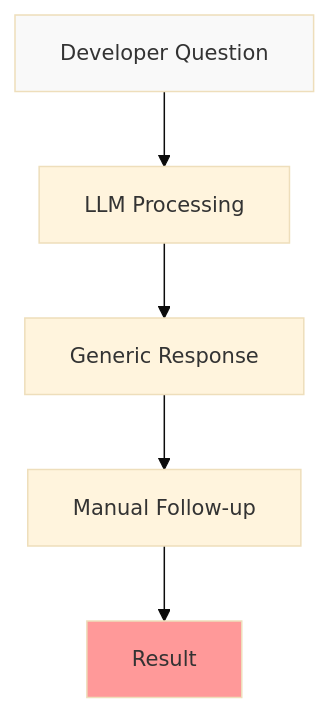
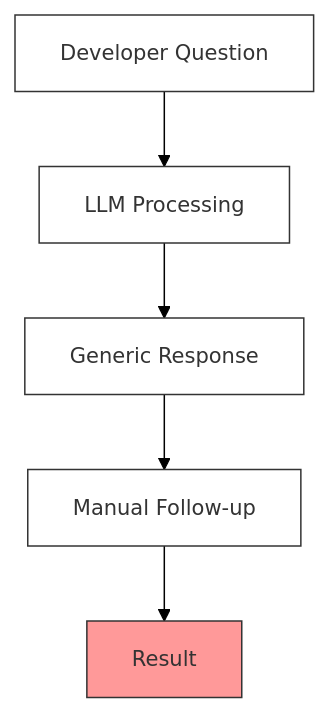
Before and after one commit to tk0221/prompt-template: the first of 3 diagrams in README.md, drawn with Mermaid. The commit also changed other lines of this file, not shown here.

Commit message:
update graph

````diff
--- a/README.md
+++ b/README.md
@@ -11,14 +11,14 @@
 ```mermaid
-%%{init: {'theme':'base', 'themeVariables': { 'fontSize': '14px' }}}%%
+%%{init: {'theme':'base', 'themeVariables': { 'fontSize': '14px', 'fontFamily': 'arial', 'background': '#ffffff' }}}%%
 graph TD
     A1["Developer Question"] --> B1["LLM Processing"]
     B1 --> D1["Generic Response"]
     D1 --> E1["Manual Follow-up"]
     E1 --> F1["Result"]
     
-    style A1 fill:#f9f9f9,font-size:14px
-    style B1 font-size:14px
-    style D1 font-size:14px
-    style E1 font-size:14px
-    style F1 fill:#ff9999,font-size:14px
+    style A1 fill:#ffffff,stroke:#333,font-size:14px
+    style B1 fill:#ffffff,stroke:#333,font-size:14px
+    style D1 fill:#ffffff,stroke:#333,font-size:14px
+    style E1 fill:#ffffff,stroke:#333,font-size:14px
+    style F1 fill:#ff9999,stroke:#333,font-size:14px
 ```
````
